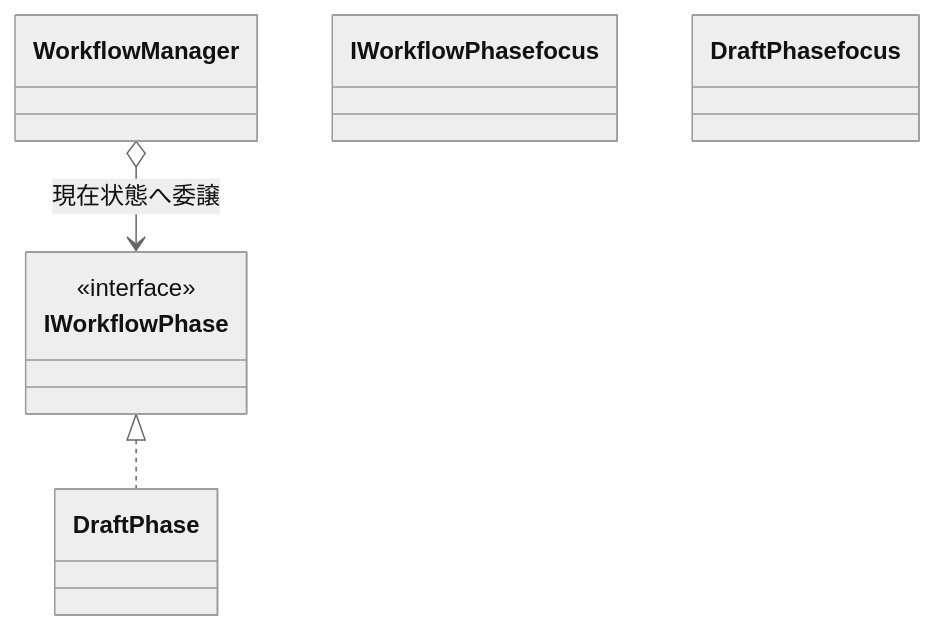
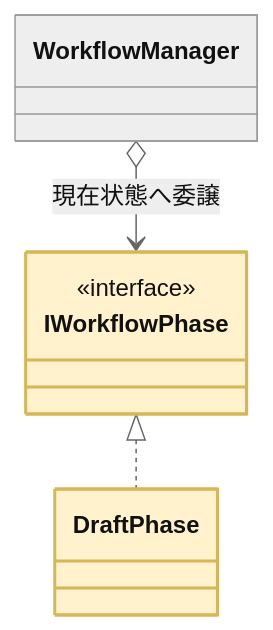
Before and after one commit to kumachan1101-pixel/DesignPattern: diagram 15 of 23 in kindle/design-patterns/output/chapter12.md, drawn with Mermaid (neutral theme). The commit also changed other lines of this file and 15 other files, not shown here.

First line of the commit message:
全章classDiagram: phantom浮きクラスを生む着色構文 class X focus を :::focus へ修正（103箇所）

````diff
--- a/kindle/design-patterns/output/chapter12.md
+++ b/kindle/design-patterns/output/chapter12.md
@@ -1499,11 +1499,11 @@
 ```mermaid
 classDiagram
     class WorkflowManager
     class IWorkflowPhase { <<interface>> }
     class DraftPhase
     WorkflowManager o--> IWorkflowPhase : 現在状態へ委譲
     IWorkflowPhase <|.. DraftPhase
-    class IWorkflowPhase focus
-    class DraftPhase focus
+    class IWorkflowPhase:::focus
+    class DraftPhase:::focus
     classDef focus fill:#FFF2CC,stroke:#D6B656,stroke-width:2px
 ```
````
